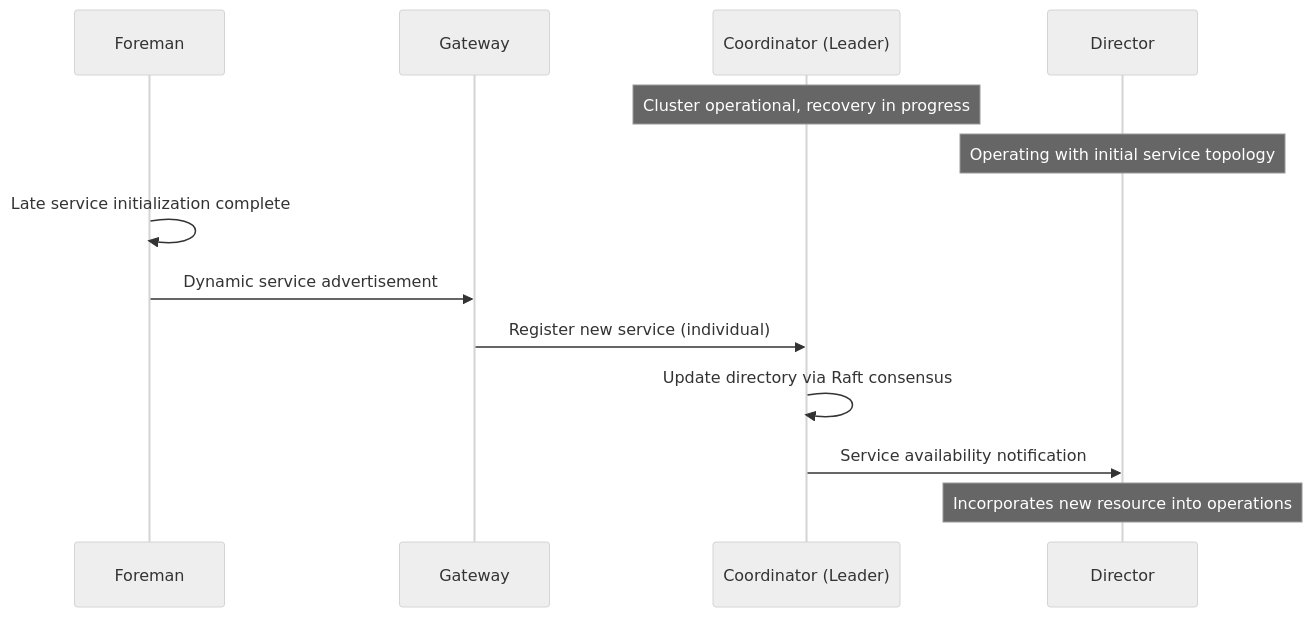
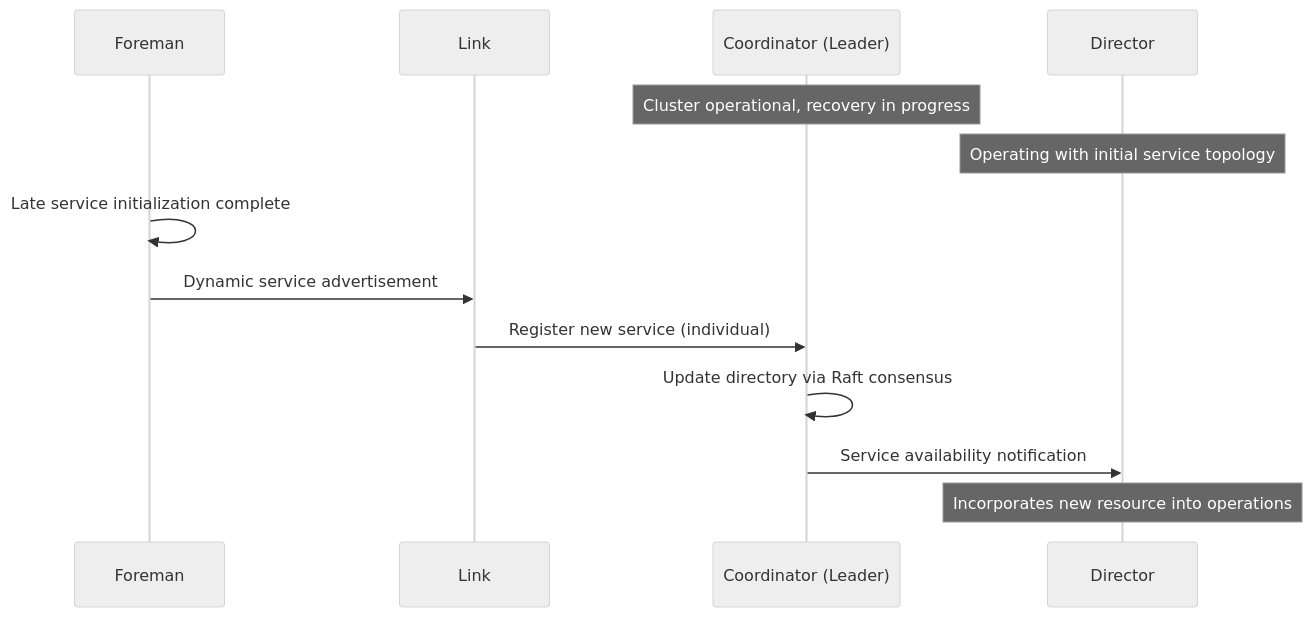
Before and after one commit to bedrock-kv/bedrock: the third of 5 diagrams in guides/deep-dives/cluster-startup.md, drawn with Mermaid (neutral theme). The commit also changed other lines of this file and 25 other files, not shown here.

````diff
--- a/guides/deep-dives/cluster-startup.md
+++ b/guides/deep-dives/cluster-startup.md
@@ -133,17 +133,17 @@
 ```mermaid
 sequenceDiagram
     participant F as Foreman  
-    participant G as Gateway
+    participant G as Link
     participant C as Coordinator (Leader)
     participant D as Director
 
     Note over C: Cluster operational, recovery in progress
     Note over D: Operating with initial service topology
     
     F->>F: Late service initialization complete
     F->>G: Dynamic service advertisement
     G->>C: Register new service (individual)
     C->>C: Update directory via Raft consensus
     C->>D: Service availability notification
     Note over D: Incorporates new resource into operations
 ```
````
